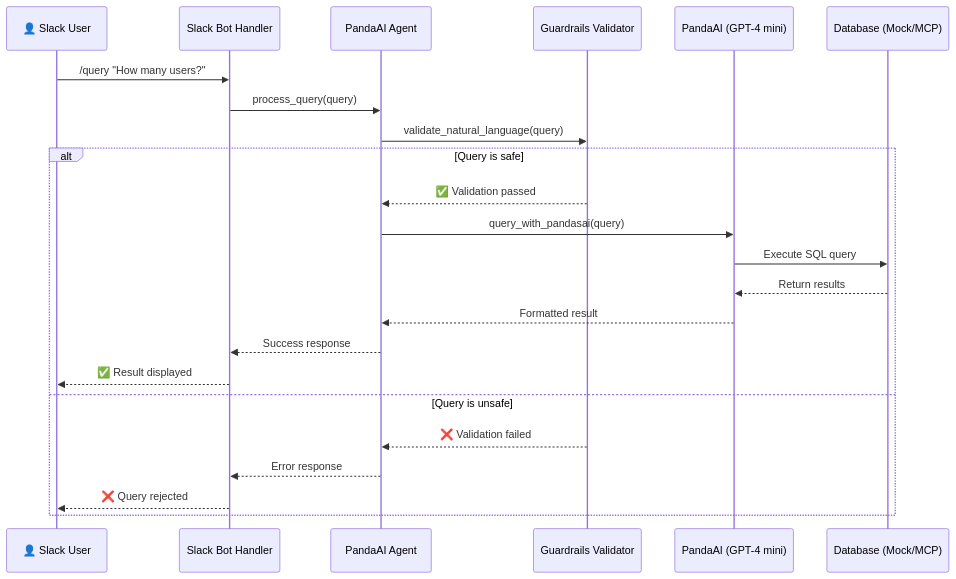
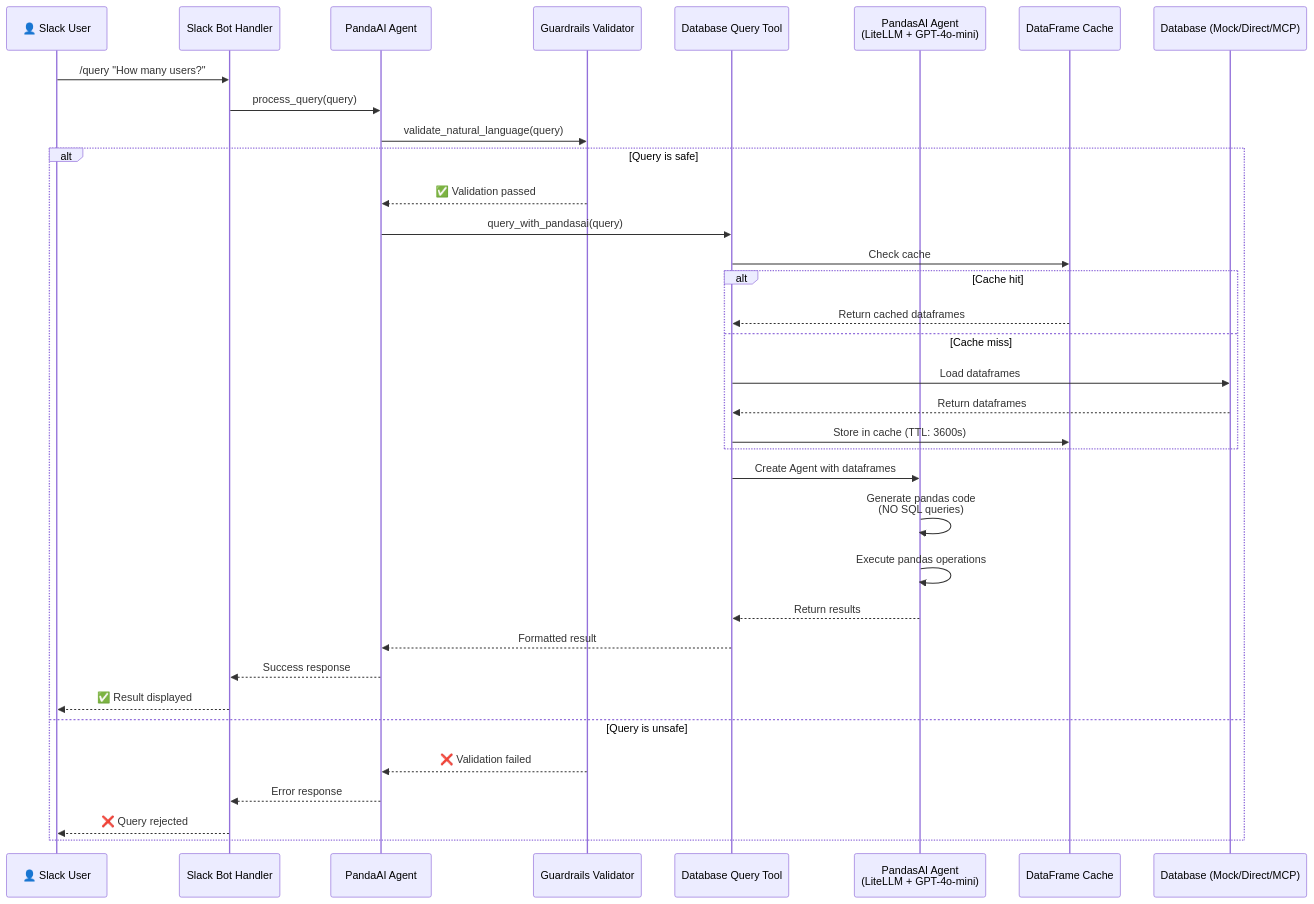
The second of 7 diagrams in capstone-slackbot/ARCHITECTURE.md (AgileCatalystDV/futureproofdscapstone), drawn with Mermaid before and after one commit. The commit also changed other lines of this file and 1 other file, not shown here.

First line of the commit message:
Update architecture documentation and improve PandasAI error handling

````diff
--- a/capstone-slackbot/ARCHITECTURE.md
+++ b/capstone-slackbot/ARCHITECTURE.md
@@ -60,27 +63,41 @@
 ```mermaid
 sequenceDiagram
     participant User as 👤 Slack User
     participant Bot as Slack Bot Handler
     participant Agent as PandaAI Agent
     participant Guardrails as Guardrails Validator
-    participant PandaAI as PandaAI (GPT-4 mini)
-    participant DB as Database (Mock/MCP)
+    participant QueryTool as Database Query Tool
+    participant PandaAI as PandasAI Agent<br/>(LiteLLM + GPT-4o-mini)
+    participant Cache as DataFrame Cache
+    participant DB as Database (Mock/Direct/MCP)
     
     User->>Bot: /query "How many users?"
     Bot->>Agent: process_query(query)
     Agent->>Guardrails: validate_natural_language(query)
     
     alt Query is safe
         Guardrails-->>Agent: ✅ Validation passed
-        Agent->>PandaAI: query_with_pandasai(query)
-        PandaAI->>DB: Execute SQL query
-        DB-->>PandaAI: Return results
-        PandaAI-->>Agent: Formatted result
+        Agent->>QueryTool: query_with_pandasai(query)
+        QueryTool->>Cache: Check cache
+        
+        alt Cache hit
+            Cache-->>QueryTool: Return cached dataframes
+        else Cache miss
+            QueryTool->>DB: Load dataframes
+            DB-->>QueryTool: Return dataframes
+            QueryTool->>Cache: Store in cache (TTL: 3600s)
+        end
+        
+        QueryTool->>PandaAI: Create Agent with dataframes
+        PandaAI->>PandaAI: Generate pandas code<br/>(NO SQL queries)
+        PandaAI->>PandaAI: Execute pandas operations
+        PandaAI-->>QueryTool: Return results
+        QueryTool-->>Agent: Formatted result
         Agent-->>Bot: Success response
         Bot-->>User: ✅ Result displayed
     else Query is unsafe
         Guardrails-->>Agent: ❌ Validation failed
         Agent-->>Bot: Error response
         Bot-->>User: ❌ Query rejected
     end
 ```
````
